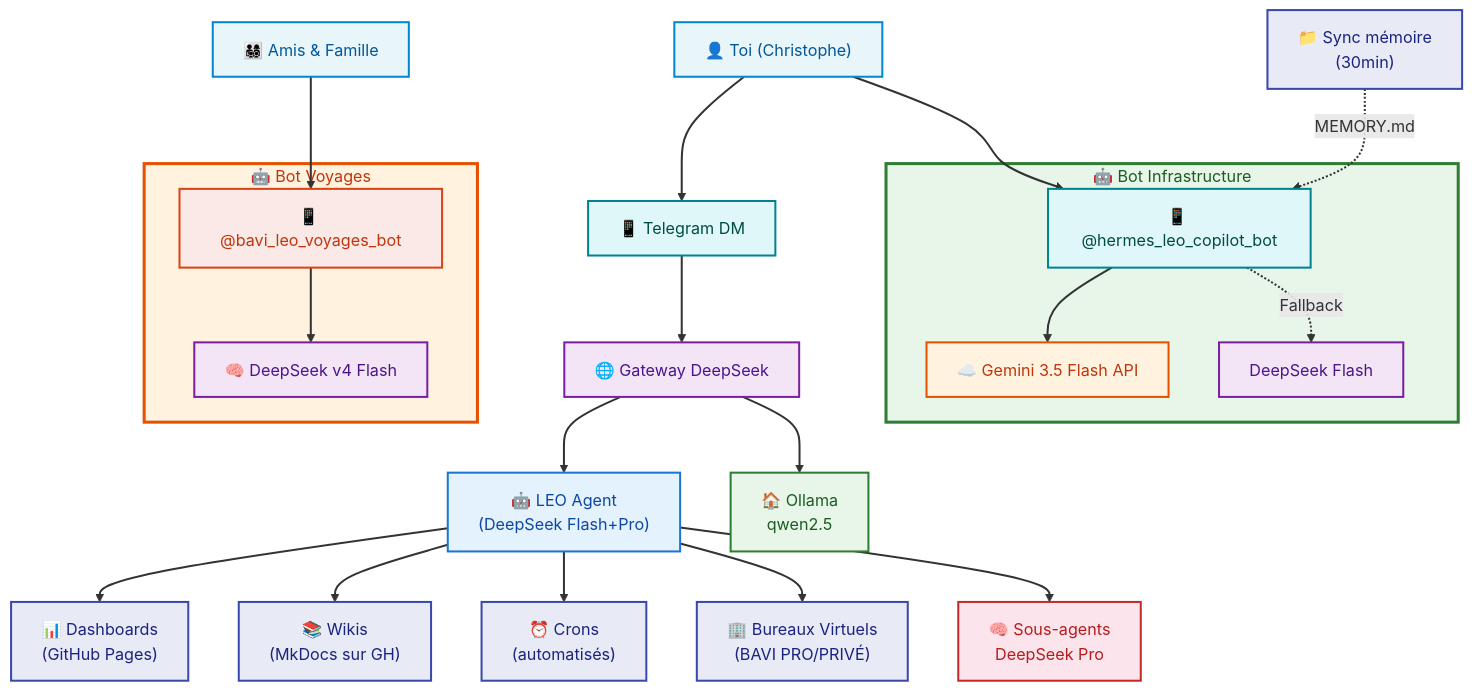
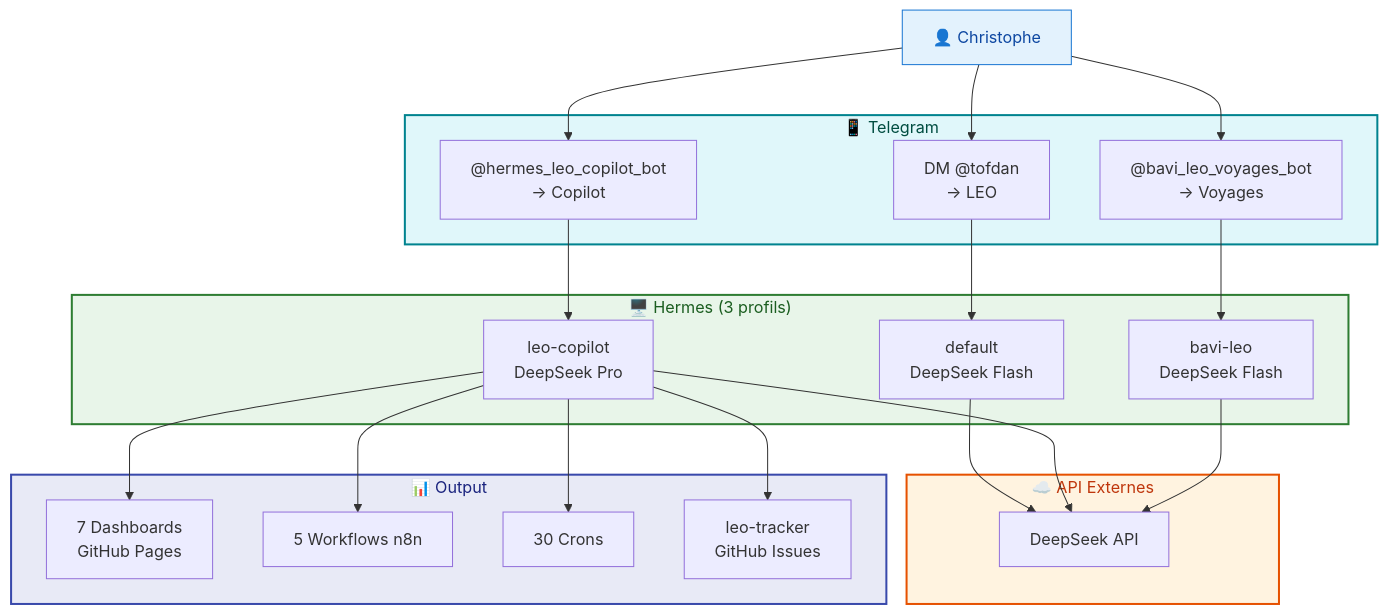
The fifth of 5 diagrams in docs/hermes/architecture-communication.md (christophedanhier-hash/hermes-wiki), drawn with Mermaid before and after one commit. The commit also changed other lines of this file and 1 other file, not shown here.

Commit message:
docs: mise à jour architecture — 100% DeepSeek, plus de Gemini. Schémas Mermaid complets

````diff
--- a/docs/hermes/architecture-communication.md
+++ b/docs/hermes/architecture-communication.md
@@ -125,49 +186,50 @@
 ```mermaid
-flowchart TD
-    Toi["👤 Toi (Christophe)"] --> DM["📱 Telegram DM"]
-    DM --> Gateway2["🌐 Gateway DeepSeek"]
-    
-    Gateway2 --> LEO["🤖 LEO Agent<br/>(DeepSeek Flash+Pro)"]
-    Gateway2 --> Ollama2["🏠 Ollama<br/>qwen2.5"]
-    
-    LEO --> Dash["📊 Dashboards<br/>(GitHub Pages)"]
-    LEO --> Wiki["📚 Wikis<br/>(MkDocs sur GH)"]
-    LEO --> Crons["⏰ Crons<br/>(automatisés)"]
-    LEO --> BAVI["🏢 Bureaux Virtuels<br/>(BAVI PRO/PRIVÉ)"]
-    LEO --> Sub["🧠 Sous-agents<br/>DeepSeek Pro"]
-    
-    subgraph BOT_INFRA["🤖 Bot Infrastructure"]
-        COP["📱 @hermes_leo_copilot_bot"] --> GEMAPI["☁️ Gemini 3.5 Flash API"]
-        COP -.->|Fallback| DSFALL["DeepSeek Flash"]
+flowchart TB
+    User["👤 Christophe"]
+
+    subgraph TELEGRAM["📱 Telegram"]
+        DM["DM @tofdan<br/>→ LEO"]
+        COP["@hermes_leo_copilot_bot<br/>→ Copilot"]
+        VOY["@bavi_leo_voyages_bot<br/>→ Voyages"]
     end
-    
-    subgraph BOT_VOY["🤖 Bot Voyages"]
-        BOTV["📱 @bavi_leo_voyages_bot"] --> DS["🧠 DeepSeek v4 Flash"]
+
+    subgraph HERMES["🖥️ Hermes (3 profils)"]
+        DEF["default<br/>DeepSeek Flash"]
+        LCP["leo-copilot<br/>DeepSeek Pro"]
+        BAV["bavi-leo<br/>DeepSeek Flash"]
     end
-    
-    Toi --> COP
-    Amis["👨‍👩‍👧‍👦 Amis & Famille"] --> BOTV
-    
-    MEM["📁 Sync mémoire<br/>(30min)"] -.->|MEMORY.md| COP
-    
-    style Toi fill:#e8f5f9,stroke:#0288d1,stroke-width:2px,color:#01579b
-    style DM fill:#e0f7fa,stroke:#00838f,stroke-width:2px,color:#004d40
-    style Gateway2 fill:#f3e5f5,stroke:#7b1fa2,stroke-width:2px,color:#4a148c
-    style LEO fill:#e3f2fd,stroke:#1976d2,stroke-width:2px,color:#0d47a1
-    style Ollama2 fill:#e8f5e9,stroke:#2e7d32,stroke-width:2px,color:#1b5e20
-    style Sub fill:#fce4ec,stroke:#c62828,stroke-width:2px,color:#b71c1c
-    style Dash fill:#e8eaf6,stroke:#3949ab,stroke-width:2px,color:#1a237e
-    style Wiki fill:#e8eaf6,stroke:#3949ab,stroke-width:2px,color:#1a237e
-    style Crons fill:#e8eaf6,stroke:#3949ab,stroke-width:2px,color:#1a237e
-    style BAVI fill:#e8eaf6,stroke:#3949ab,stroke-width:2px,color:#1a237e
-    style BOT_INFRA fill:#e8f5e9,stroke:#2e7d32,stroke-width:3px,color:#1b5e20
-    style COP fill:#e0f7fa,stroke:#00838f,stroke-width:2px,color:#004d40
-    style GEMAPI fill:#fff3e0,stroke:#e65100,stroke-width:2px,color:#bf360c
-    style DSFALL fill:#f3e5f5,stroke:#7b1fa2,stroke-width:2px,color:#4a148c
-    style BOT_VOY fill:#fff3e0,stroke:#e65100,stroke-width:3px,color:#bf360c
-    style BOTV fill:#fbe9e7,stroke:#d84315,stroke-width:2px,color:#bf360c
-    style DS fill:#f3e5f5,stroke:#7b1fa2,stroke-width:2px,color:#4a148c
-    style MEM fill:#e8eaf6,stroke:#3949ab,stroke-width:2px,color:#1a237e
-    style Amis fill:#e8f5f9,stroke:#0288d1,stroke-width:2px,color:#01579b
-    linkStyle default stroke-width:2px,fill:none
+
+    subgraph API["☁️ API Externes"]
+        DS["DeepSeek API"]
+    end
+
+    subgraph OUTPUT["📊 Output"]
+        DASH["7 Dashboards<br/>GitHub Pages"]
+        N8N["5 Workflows n8n"]
+        CRON["30 Crons"]
+        ISSUES["leo-tracker<br/>GitHub Issues"]
+    end
+
+    User --> DM
+    User --> COP
+    User --> VOY
+
+    DM --> DEF
+    COP --> LCP
+    VOY --> BAV
+
+    DEF --> DS
+    LCP --> DS
+    BAV --> DS
+
+    LCP --> DASH
+    LCP --> N8N
+    LCP --> CRON
+    LCP --> ISSUES
+
+    style User fill:#e3f2fd,stroke:#1976d2,color:#0d47a1
+    style TELEGRAM fill:#e0f7fa,stroke:#00838f,stroke-width:2px,color:#004d40
+    style HERMES fill:#e8f5e9,stroke:#2e7d32,stroke-width:2px,color:#1b5e20
+    style API fill:#fff3e0,stroke:#e65100,stroke-width:2px,color:#bf360c
+    style OUTPUT fill:#e8eaf6,stroke:#3949ab,stroke-width:2px,color:#1a237e
 ```
````
